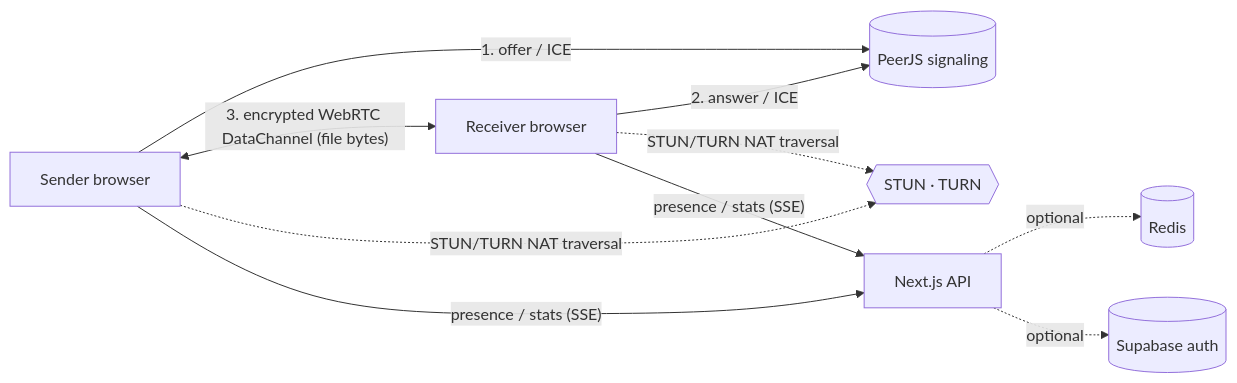
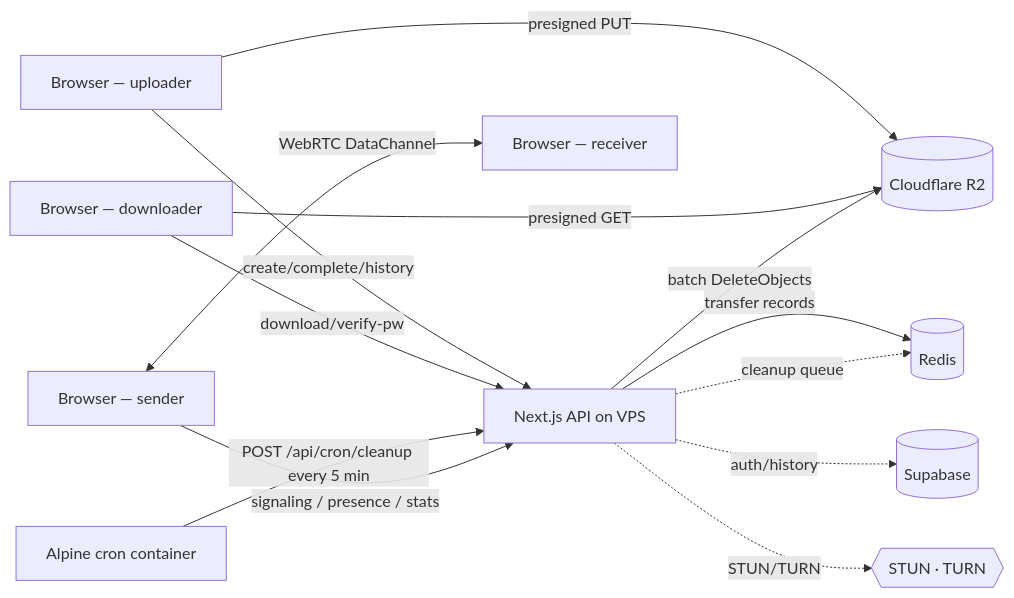
One commit to zestcommerce841428-png/zync changed the diagram in README.md. Above: the diagram before and after it, drawn with Mermaid. The commit also changed other lines of this file and 6 other files, not shown here.

````diff
--- a/README.md
+++ b/README.md
@@ -93,12 +92,16 @@
 ```mermaid
 flowchart LR
-    A[Sender browser] -- "1. offer / ICE" --> S[(PeerJS signaling)]
-    B[Receiver browser] -- "2. answer / ICE" --> S
-    A <-- "3. encrypted WebRTC DataChannel (file bytes)" --> B
-    A -. "STUN/TURN NAT traversal" .-> T{{STUN · TURN}}
-    B -. "STUN/TURN NAT traversal" .-> T
-    A -- "presence / stats (SSE)" --> N[Next.js API]
-    B -- "presence / stats (SSE)" --> N
-    N -. "optional" .-> R[(Redis)]
-    N -. "optional" .-> SB[(Supabase auth)]
+    A[Browser — uploader] -- "presigned PUT" --> R2[(Cloudflare R2)]
+    B[Browser — downloader] -- "presigned GET" --> R2
+    A -- "create/complete/history" --> N[Next.js API on VPS]
+    B -- "download/verify-pw" --> N
+    N -- "transfer records" --> RD[(Redis)]
+    N -. "auth/history" .-> SB[(Supabase)]
+    N -. "cleanup queue" .-> RD
+    CRON[Alpine cron container] -- "POST /api/cron/cleanup every 5 min" --> N
+    N -- "batch DeleteObjects" --> R2
+
+    P2P_A[Browser — sender] <-- "WebRTC DataChannel" --> P2P_B[Browser — receiver]
+    P2P_A -- "signaling / presence / stats" --> N
+    N -. "STUN/TURN" .-> T{{STUN · TURN}}
 ```
````
